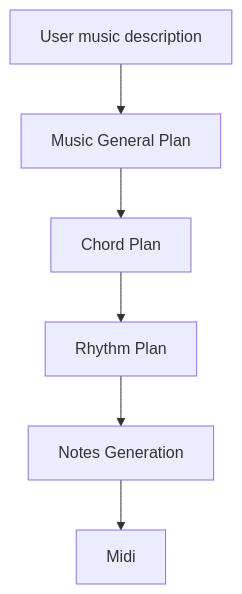
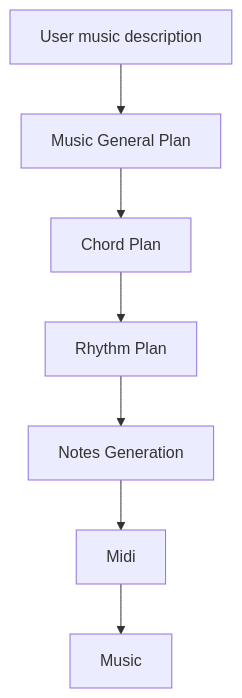
Before and after one commit to monitus2022/AnyLLM2Music-frontend: the diagram in README.md, drawn with Mermaid. The commit also changed other lines of this file and 7 other files, not shown here.

````diff
--- a/README.md
+++ b/README.md
@@ -15,8 +15,9 @@
 ```mermaid
 graph TD;
     A[User music description] --> B[Music General Plan];
     B --> C[Chord Plan];
     C --> D[Rhythm Plan];
     D --> E[Notes Generation];
-    E --> F[Midi]
+    E --> F[Midi];
+    F --> G[Music];
 ```
````
